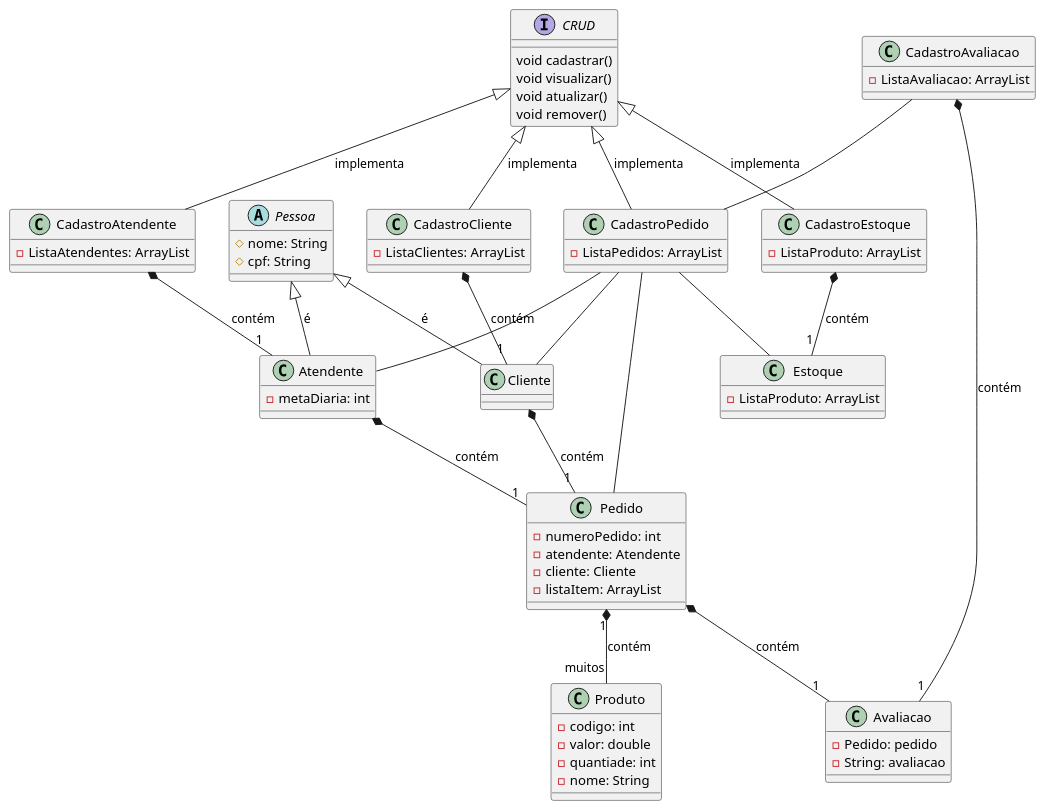
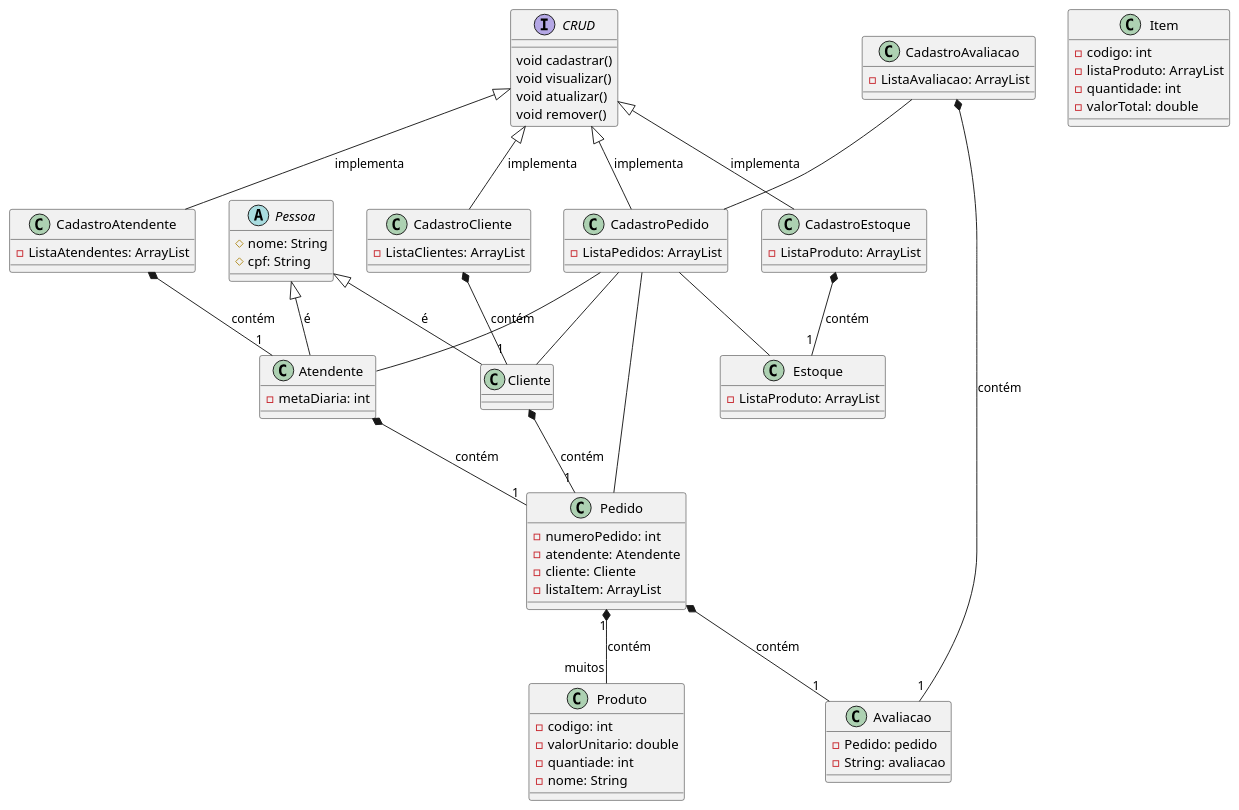
The diagram in ads3/poo/Semana7/aula01/lanchonete.plantuml (felipesoares-tech/ads), drawn with PlantUML before and after one commit.

Commit message:
ppw: atualizacao de lanchonete

```diff
--- a/ads3/poo/Semana7/aula01/lanchonete.plantuml
+++ b/ads3/poo/Semana7/aula01/lanchonete.plantuml
@@ -1,83 +1,90 @@
 @startuml lanchonete
 abstract Class Pessoa{
     #nome: String
     #cpf: String
 }
 Class Pedido{
     -numeroPedido: int
     -atendente: Atendente
     -cliente: Cliente
     -listaItem: ArrayList
 }
 Class Avaliacao{
     -Pedido: pedido
     -String: avaliacao
 }
 
 Interface CRUD{
     void cadastrar()
     void visualizar()
     void atualizar()
     void remover()
 }
 
+Class Item{
+    -codigo: int
+    -listaProduto: ArrayList
+    -quantidade: int
+    -valorTotal: double
+}
+
 Class Produto{
     -codigo: int
-    -valor: double
+    -valorUnitario: double
     -quantiade: int
     -nome: String
 }
 
 Class Estoque{
     -ListaProduto: ArrayList
 }
 
 
 Class Cliente{
 
 }
 
 Class Atendente{
     -metaDiaria: int
 }
 
 Class CadastroCliente{
     -ListaClientes: ArrayList
 }
 
 Class CadastroPedido{
     -ListaPedidos: ArrayList
 }
 
 Class CadastroAtendente{
     -ListaAtendentes: ArrayList
 }
 
 Class CadastroEstoque{
     -ListaProduto: ArrayList
 }
 
 Class CadastroAvaliacao{
     -ListaAvaliacao: ArrayList
 }
 
 Pessoa <|-- Cliente: é
 Pessoa <|-- Atendente: é
 CRUD <|-- CadastroCliente: implementa
 CRUD <|-- CadastroAtendente: implementa
 CRUD <|-- CadastroEstoque: implementa
 CRUD <|-- CadastroPedido: implementa
 Cliente *-- "1" Pedido: contém
 Pedido "1" *-- "muitos" Produto : contém
 Atendente *-- "1" Pedido: contém
 Pedido *-- "1" Avaliacao: contém
 CadastroPedido -- Cliente
 CadastroPedido -- Atendente
 CadastroPedido -- Pedido
 CadastroPedido -- Estoque
 CadastroCliente *-- "1" Cliente: contém
 CadastroAtendente *-- "1" Atendente: contém
 CadastroEstoque *-- "1" Estoque: contém
 CadastroAvaliacao *-- "1" Avaliacao: contém
 CadastroAvaliacao -- CadastroPedido
 @enduml
```
